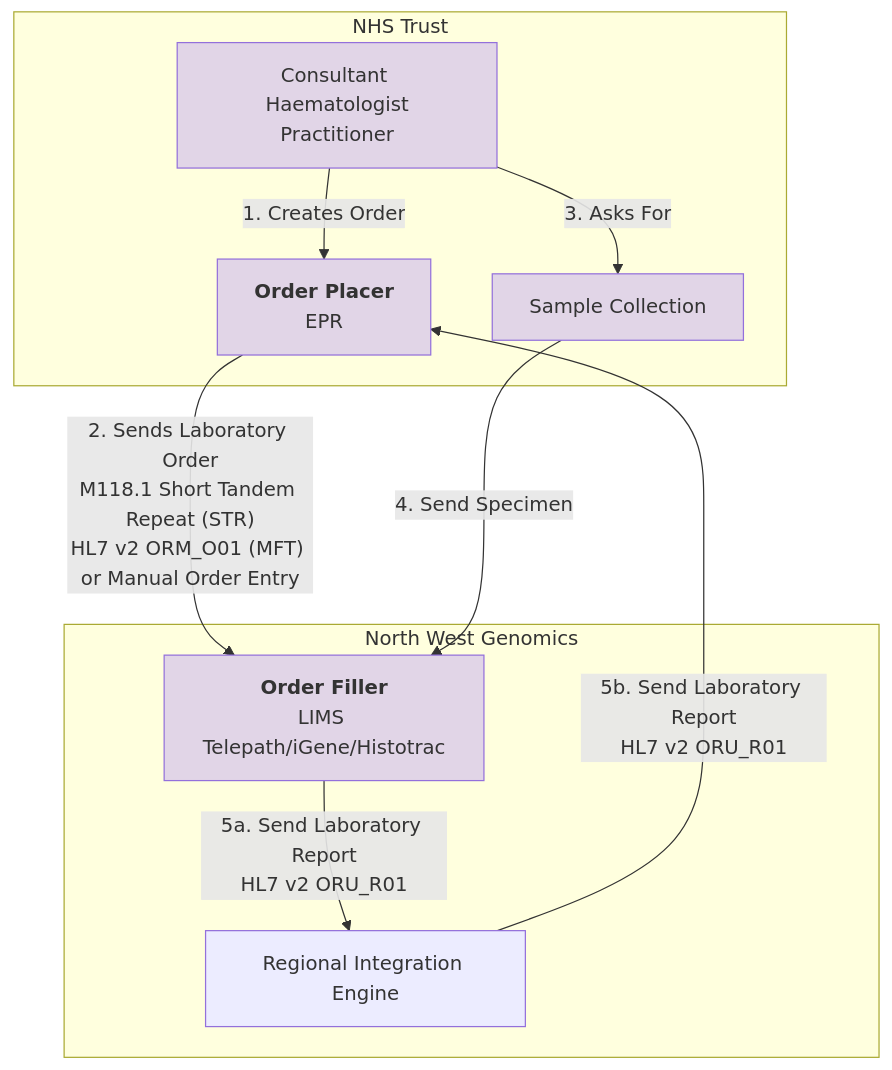
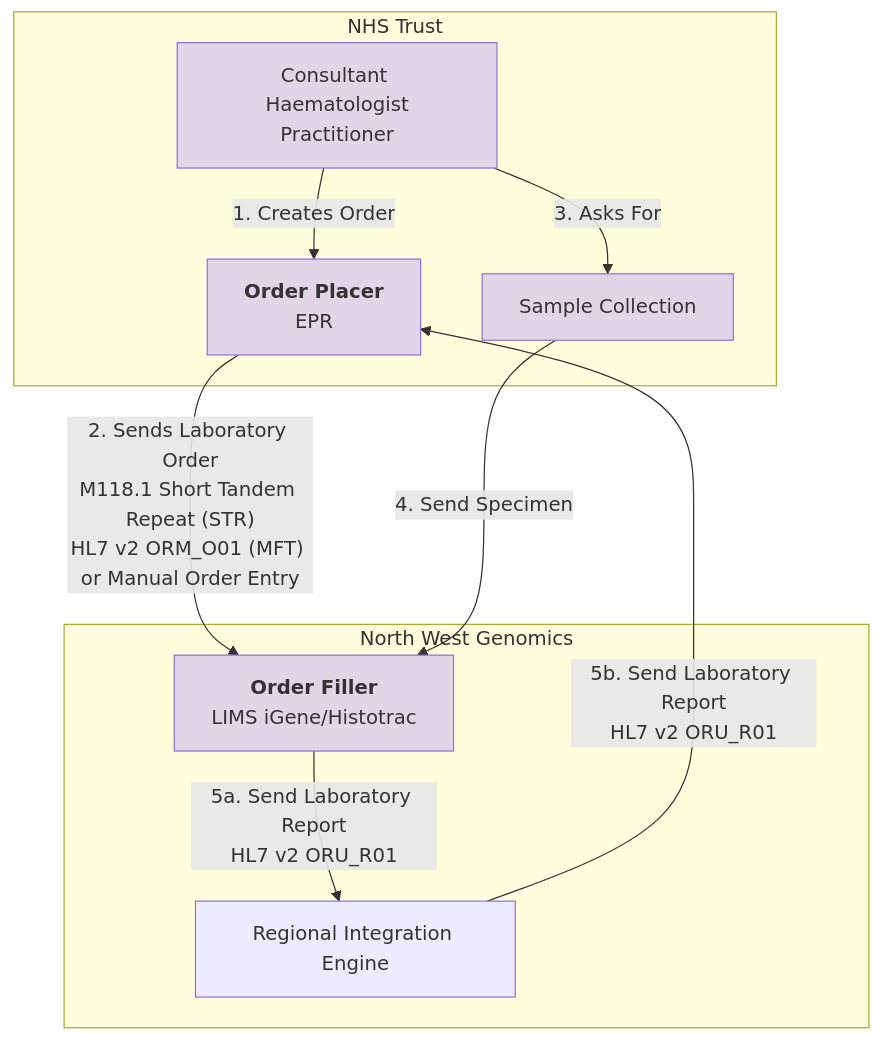
The third of 6 diagrams in input/pagecontent/introduction.md (uk-gov-mirror/nw-gmsa.nw-gmsa.github.com), drawn with Mermaid before and after one commit.

Commit message:
Corrected actors not in bold

````diff
--- a/input/pagecontent/introduction.md
+++ b/input/pagecontent/introduction.md
@@ -96,18 +96,18 @@
 ```mermaid
 graph TD;
     subgraph NHSTrust[NHS Trust]
         Practitioner[Consultant Haematologist<br/>Practitioner] --> |1. Creates Order| EPR[<b>Order Placer</b><br/>EPR]
         Practitioner --> |3. Asks For| Specimen[Sample Collection]
     end
     EPR --> |"2. Sends Laboratory Order<br/>M118.1 Short Tandem Repeat (STR)<br/>HL7 v2 ORM_O01 (MFT) or Manual Order Entry"| LIMS
     Specimen --> |4. Send Specimen| LIMS 
     subgraph NWGenomics[North West Genomics]
-        LIMS[<b>Order Filler</b><br/>LIMS Telepath/iGene/Histotrac]
+        LIMS[<b>Order Filler</b><br/>LIMS iGene/Histotrac]
         LIMS --> |5a. Send Laboratory Report<br/>HL7 v2 ORU_R01| RIE["Regional Integration Engine"]
     end
     RIE --> |5b. Send Laboratory Report<br/>HL7 v2 ORU_R01| EPR
 
     classDef purple fill:#E1D5E7;
 
     class EPR,LIMS,Specimen,Practitioner purple
 ```
````
